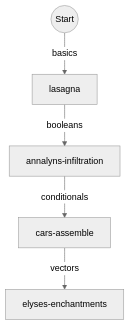
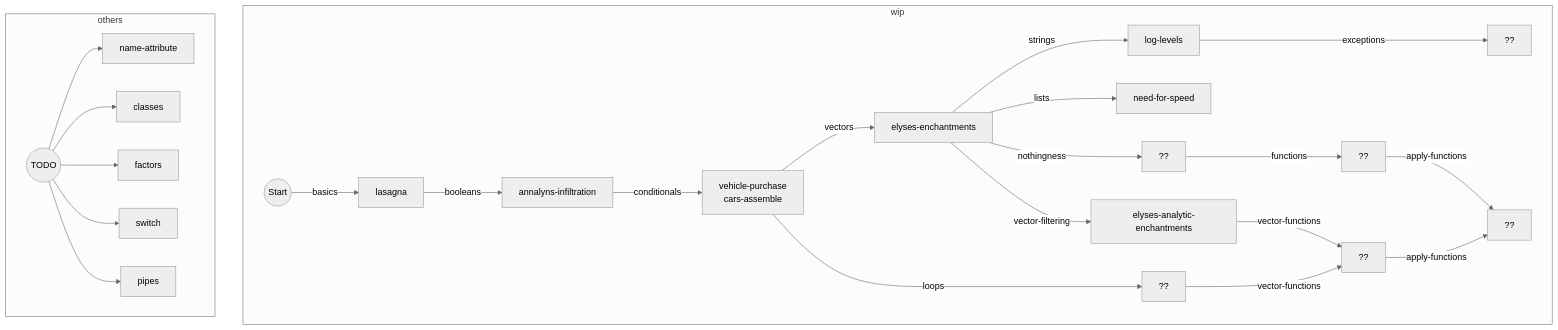
The diagram in flowchart.md (colinleach/r_concepts), drawn with Mermaid (neutral theme) before and after one commit. The commit also changed other lines of this file and 2 other files, not shown here.

Commit message:
a couple of concept intros

````diff
--- a/flowchart.md
+++ b/flowchart.md
@@ -3,8 +3,29 @@
 ```mermaid
 graph TD
+    
+subgraph wip
+    start(("Start")) --basics--> basics["lasagna"]
+    basics --booleans--> booleans["annalyns-infiltration"]
+    booleans --conditionals--> conditionals["vehicle-purchase<br/>cars-assemble"]
+    conditionals --vectors--> vectors["elyses-enchantments"]
+    conditionals --loops--> loops["??"]
+    vectors --lists--> lists["need-for-speed"]
+    vectors --vector-filtering--> vector-filtering["elyses-analytic-enchantments"]
+    vectors --nothingness--> nothingness["??"]
+    vectors --strings--> strings["log-levels"]
+    strings --exceptions---> exceptions["??"]
+    vector-filtering --vector-functions--> vector-functions["??"]
+    loops --vector-functions--> vector-functions["??"]
+    nothingness --functions--> functions["??"]
+    functions --apply-functions--> apply-functions["??"]
+    vector-functions --apply-functions--> apply-functions["??"]
+    end
 
-start(("Start")) --basics--> basics["lasagna"]
-basics["lasagna"] --booleans--> booleans["annalyns-infiltration"]
-booleans --conditionals--> conditionals["cars-assemble"]
-conditionals["cars-assemble"] --vectors--> vectors["elyses-enchantments"]
+subgraph others
+    todo(("TODO")) --> name-attribute
+    todo(("TODO")) --> classes
+    todo(("TODO")) --> factors 
+    todo(("TODO")) --> switch
+    todo(("TODO")) --> pipes
+end
 ```
````
